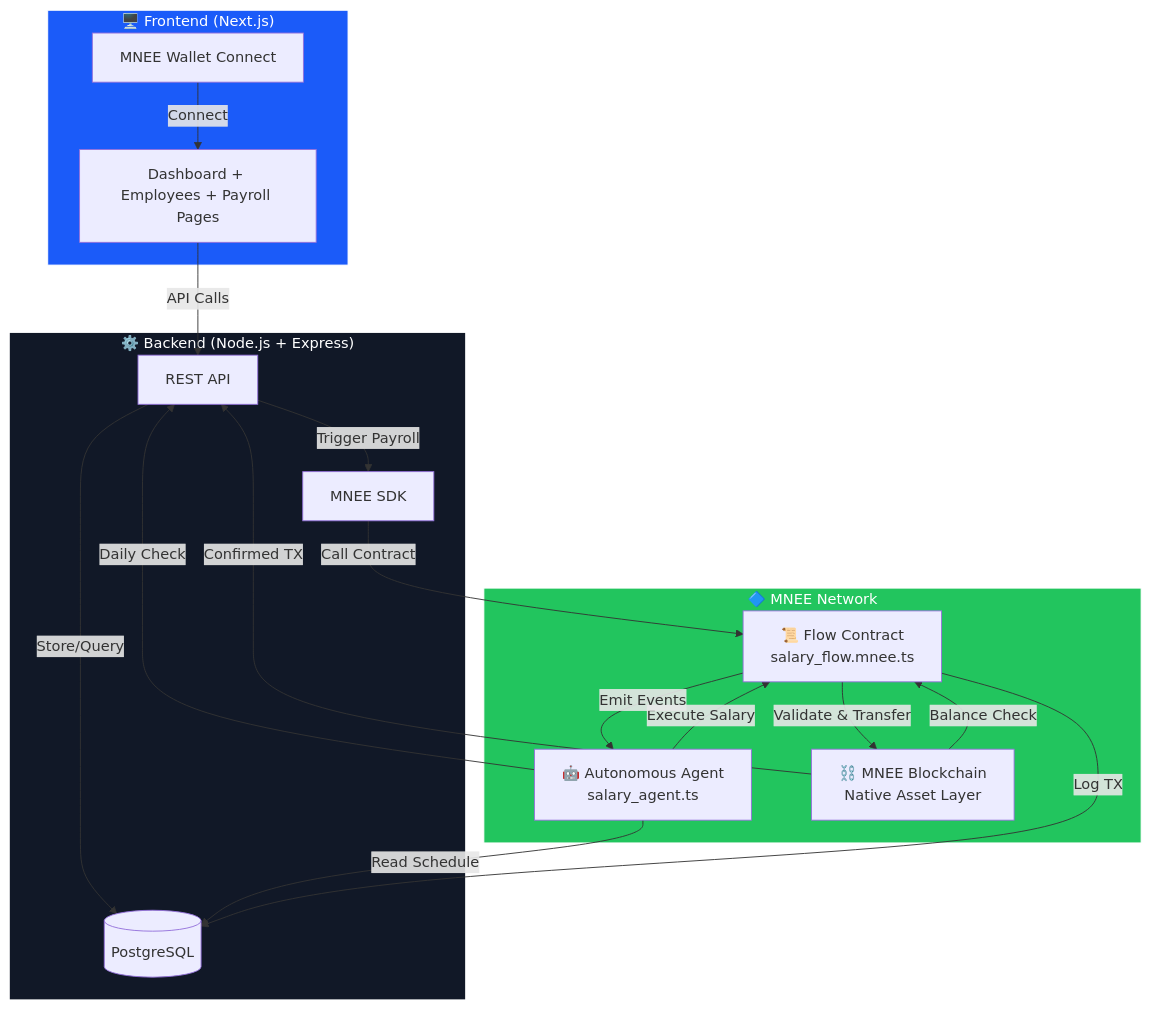
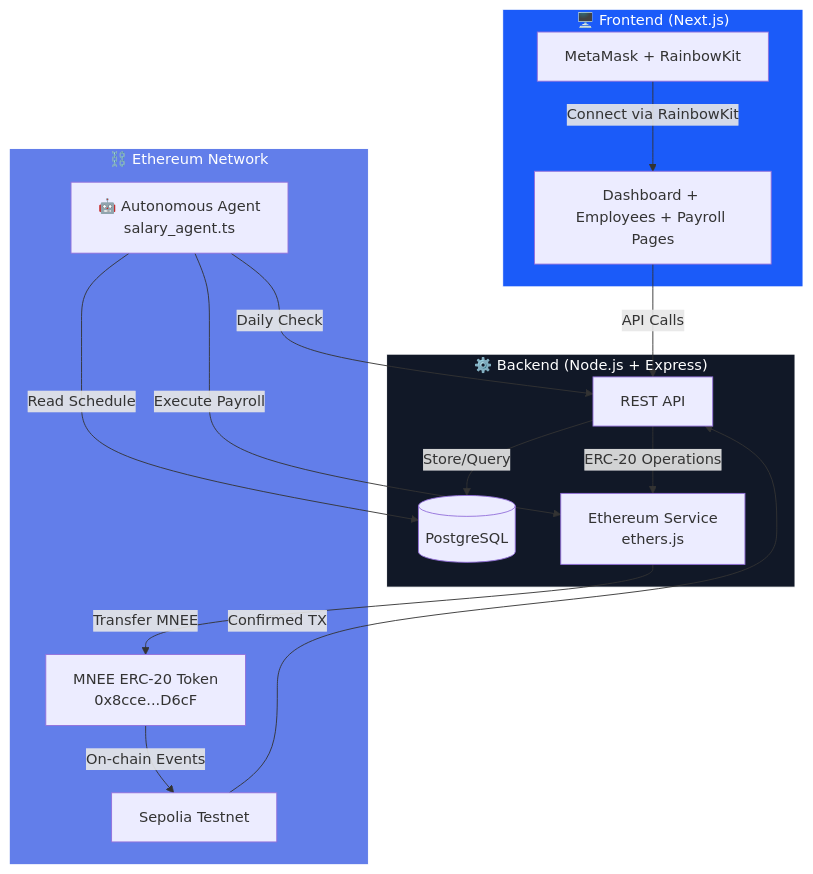
One commit to RaymonddC/mitu changed the diagram in README.md. Above: the diagram before and after it, drawn with Mermaid. The commit also changed other lines of this file and 3 other files, not shown here.

First line of the commit message:
Migrate project from MNEE to Ethereum ERC-20

````diff
--- a/README.md
+++ b/README.md
@@ -52,40 +52,36 @@
 ```mermaid
 flowchart TB
     subgraph Frontend["🖥️ Frontend (Next.js)"]
         UI[Dashboard + Employees + Payroll Pages]
-        Wallet[MNEE Wallet Connect]
+        Wallet[MetaMask + RainbowKit]
     end
 
     subgraph Backend["⚙️ Backend (Node.js + Express)"]
         API[REST API]
         DB[(PostgreSQL)]
-        SDK[MNEE SDK]
+        EthService[Ethereum Service<br/>ethers.js]
     end
 
-    subgraph MNEE["🔷 MNEE Network"]
+    subgraph Ethereum["⛓️ Ethereum Network"]
+        MNEE[MNEE ERC-20 Token<br/>0x8cce...D6cF]
         Agent[🤖 Autonomous Agent<br/>salary_agent.ts]
-        Contract[📜 Flow Contract<br/>salary_flow.mnee.ts]
-        Blockchain[⛓️ MNEE Blockchain<br/>Native Asset Layer]
+        Blockchain[Sepolia Testnet]
     end
 
     UI -->|API Calls| API
-    Wallet -->|Connect| UI
+    Wallet -->|Connect via RainbowKit| UI
     API -->|Store/Query| DB
-    API -->|Trigger Payroll| SDK
-    SDK -->|Call Contract| Contract
+    API -->|ERC-20 Operations| EthService
+    EthService -->|Transfer MNEE| MNEE
 
     Agent -->|Daily Check| API
     Agent -->|Read Schedule| DB
-    Agent -->|Execute Salary| Contract
+    Agent -->|Execute Payroll| EthService
 
-    Contract -->|Validate & Transfer| Blockchain
-    Contract -->|Emit Events| Agent
-    Contract -->|Log TX| DB
-
-    Blockchain -->|Balance Check| Contract
+    MNEE -->|On-chain Events| Blockchain
     Blockchain -->|Confirmed TX| API
 
     style Frontend fill:#1B5BF9,stroke:#fff,color:#fff
     style Backend fill:#111827,stroke:#fff,color:#fff
-    style MNEE fill:#22C55E,stroke:#fff,color:#fff
+    style Ethereum fill:#627EEA,stroke:#fff,color:#fff
 ```
````
